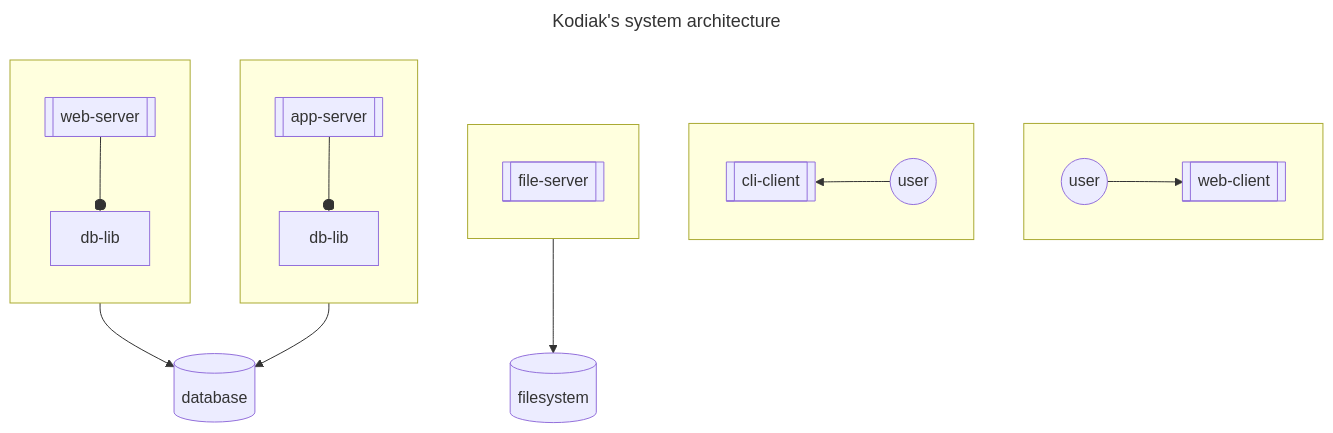
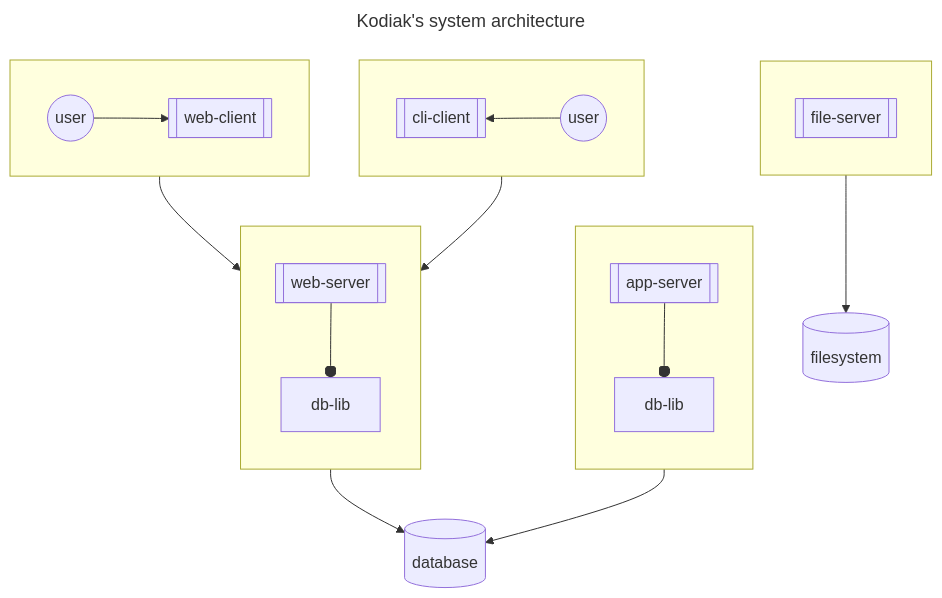
Before and after one commit to polarlabs/kodiak-diagrams: the first of 2 diagrams in SYSTEM-ARCHITECTURE.md, drawn with Mermaid.

Commit message:
fix: rearrange boxes.

````diff
--- a/SYSTEM-ARCHITECTURE.md
+++ b/SYSTEM-ARCHITECTURE.md
@@ -5,30 +5,32 @@
 ```mermaid
 ---
 title: Kodiak's system architecture
 ---
 flowchart TB
   direction TB
   subgraph user-web[ ]
     direction LR
     web-user((user)) --> web-client[[web-client]]
   end
   subgraph user-cli[ ]
     direction RL
     cli-user((user)) --> cli-client[[cli-client]]
   end
   subgraph file-server[ ]
     direction TB
     file-server.pro[[file-server]]
   end
   subgraph web-server[ ]
     direction TB
     web-server.pro[[web-server]] --o web-server.db-lib[db-lib]
   end
   subgraph app-server[ ]
     direction TB
     app-server.pro[[app-server]] --o app-server.db-lib[db-lib]
   end
+  user-web --> web-server
+  user-cli --> web-server
   file-server --> filesystem[(filesystem)]
   web-server --> database[(database)]
   app-server --> database[(database)]
 ```
````
